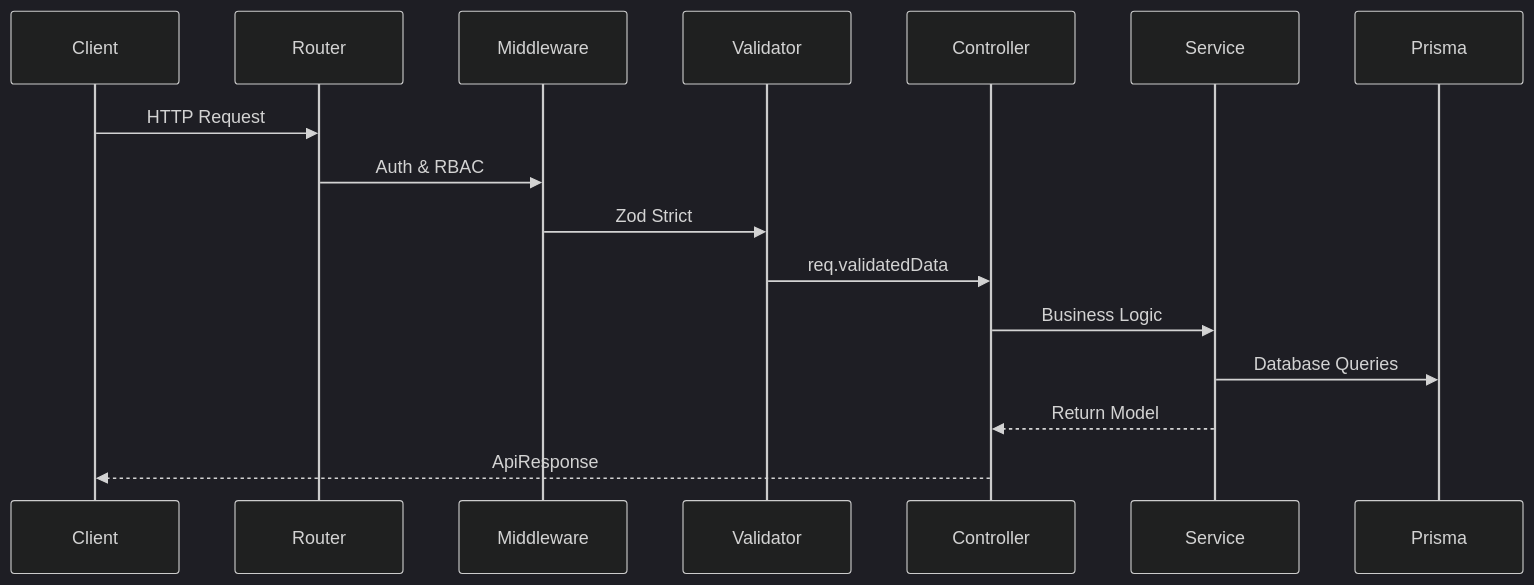
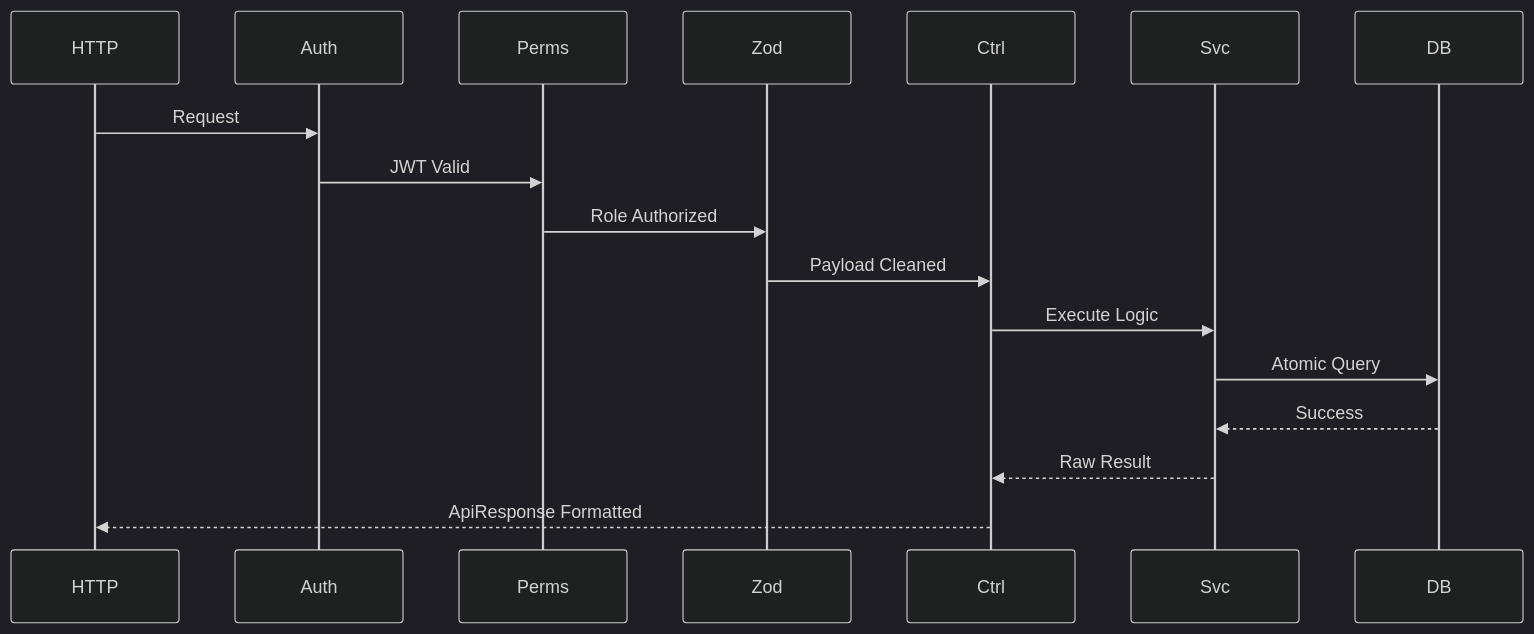
One commit to tegrand/eliminate changed the second of 4 diagrams in docs/01-architecture.md. Above: the diagram before and after it, drawn with Mermaid (dark theme). The commit also changed other lines of this file, not shown here.

Commit message:
docs: write comprehensive 01-architecture.md

````diff
--- a/docs/01-architecture.md
+++ b/docs/01-architecture.md
@@ -14,11 +44,20 @@
 ```mermaid
 sequenceDiagram
-    Client->>Router: HTTP Request
-    Router->>Middleware: Auth & RBAC
-    Middleware->>Validator: Zod Strict
-    Validator->>Controller: req.validatedData
-    Controller->>Service: Business Logic
-    Service->>Prisma: Database Queries
-    Service-->>Controller: Return Model
-    Controller-->>Client: ApiResponse
+    participant HTTP
+    participant Auth
+    participant Perms
+    participant Zod
+    participant Ctrl
+    participant Svc
+    participant DB
+
+    HTTP->>Auth: Request
+    Auth->>Perms: JWT Valid
+    Perms->>Zod: Role Authorized
+    Zod->>Ctrl: Payload Cleaned
+    Ctrl->>Svc: Execute Logic
+    Svc->>DB: Atomic Query
+    DB-->>Svc: Success
+    Svc-->>Ctrl: Raw Result
+    Ctrl-->>HTTP: ApiResponse Formatted
 ```
````
